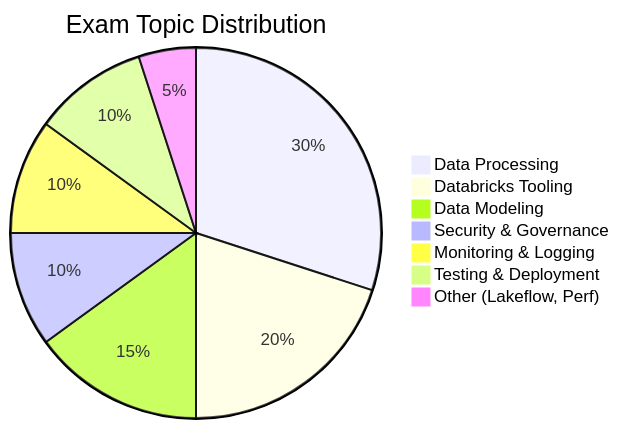
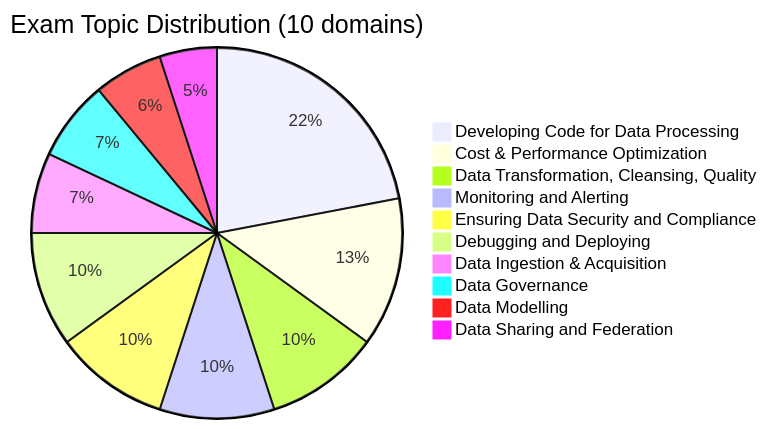
One commit to kengio/databricks-certification-study-guide changed the diagram in certifications/data-engineer-professional/README.md. Above: the diagram before and after it, drawn with Mermaid. The commit also changed other lines of this file and 18 other files, not shown here.

````diff
--- a/certifications/data-engineer-professional/README.md
+++ b/certifications/data-engineer-professional/README.md
@@ -29,10 +43,13 @@
 ```mermaid
-pie title Exam Topic Distribution
-    "Data Processing" : 30
-    "Databricks Tooling" : 20
-    "Data Modeling" : 15
-    "Security & Governance" : 10
-    "Monitoring & Logging" : 10
-    "Testing & Deployment" : 10
-    "Other (Lakeflow, Perf)" : 5
+pie title Exam Topic Distribution (10 domains)
+    "Developing Code for Data Processing" : 22
+    "Cost & Performance Optimization" : 13
+    "Data Transformation, Cleansing, Quality" : 10
+    "Monitoring and Alerting" : 10
+    "Ensuring Data Security and Compliance" : 10
+    "Debugging and Deploying" : 10
+    "Data Ingestion & Acquisition" : 7
+    "Data Governance" : 7
+    "Data Modelling" : 6
+    "Data Sharing and Federation" : 5
 ```
````
